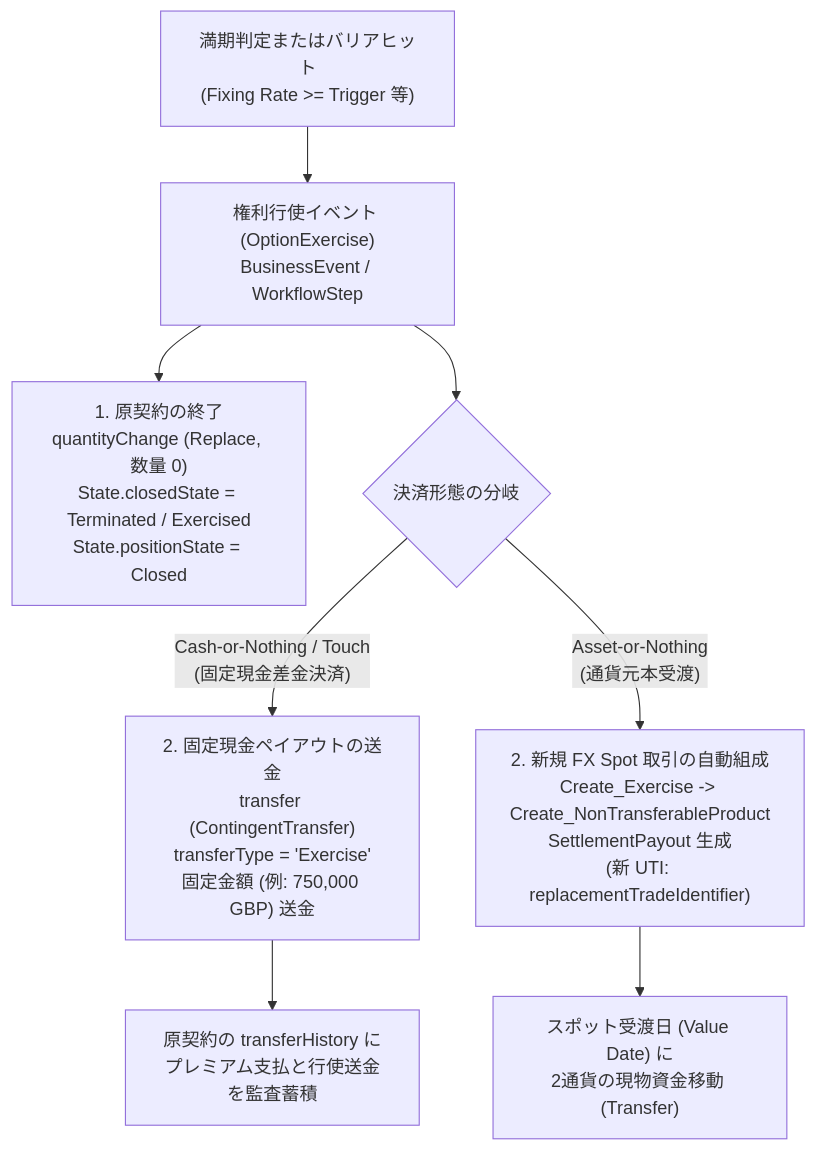
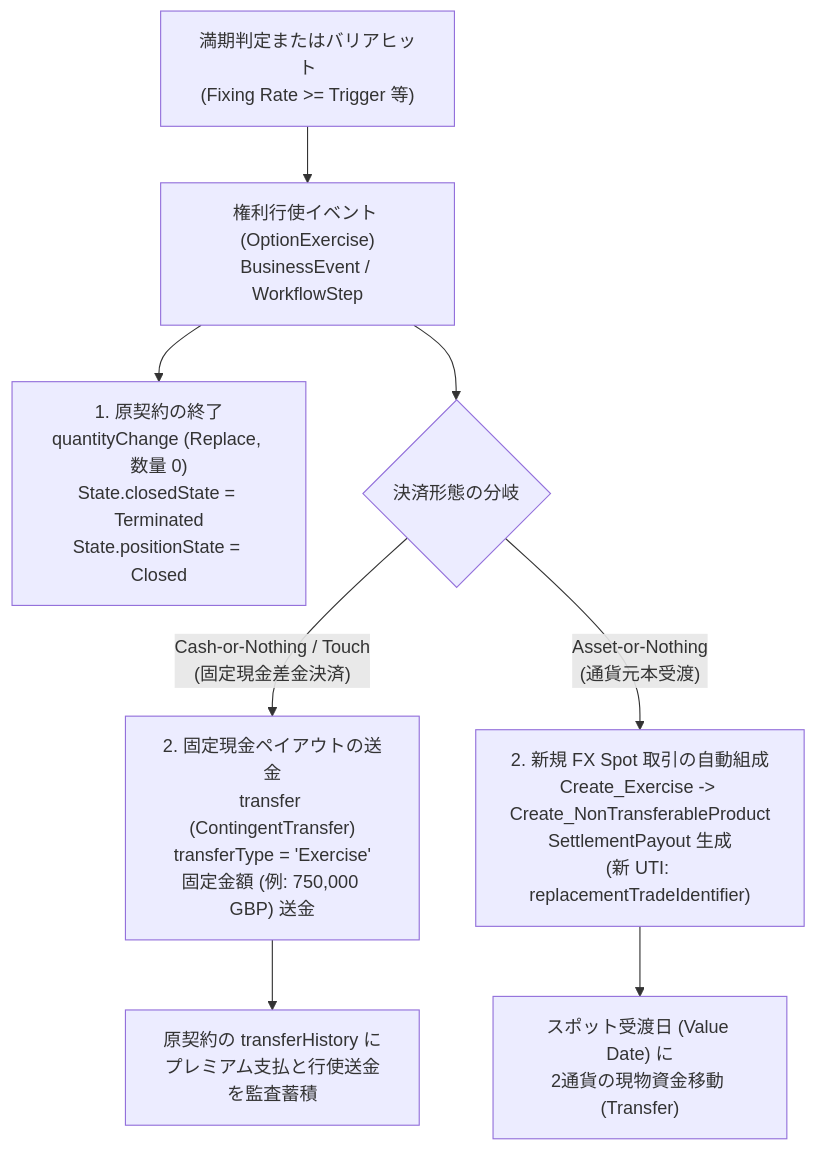
One commit to matsuuramasakazu/my_cdm_wiki changed diagram 15 of 16 in cdm_wiki/concepts/fx_products_and_synthetic_forward.md. Above: the diagram before and after it, drawn with Mermaid. The commit also changed other lines of this file and 5 other files, not shown here.

````diff
--- a/cdm_wiki/concepts/fx_products_and_synthetic_forward.md
+++ b/cdm_wiki/concepts/fx_products_and_synthetic_forward.md
@@ -955,15 +981,15 @@
 ```mermaid
 flowchart TD
     Cond["満期判定またはバリアヒット<br>(Fixing Rate >= Trigger 等)"] --> Exercise["権利行使イベント (OptionExercise)<br>BusinessEvent / WorkflowStep"]
     
-    Exercise --> CloseOrig["1. 原契約の終了<br>quantityChange (Replace, 数量 0)<br>State.closedState = Terminated / Exercised<br>State.positionState = Closed"]
+    Exercise --> CloseOrig["1. 原契約の終了<br>quantityChange (Replace, 数量 0)<br>State.closedState = Terminated<br>State.positionState = Closed"]
     
     Exercise --> Branch{"決済形態の分岐"}
     
     Branch -->|"Cash-or-Nothing / Touch<br>(固定現金差金決済)"| CashPath["2. 固定現金ペイアウトの送金<br>transfer (ContingentTransfer)<br>transferType = 'Exercise'<br>固定金額 (例: 750,000 GBP) 送金"]
     
     Branch -->|"Asset-or-Nothing<br>(通貨元本受渡)"| PhysPath["2. 新規 FX Spot 取引の自動組成<br>Create_Exercise -> Create_NonTransferableProduct<br>SettlementPayout 生成<br>(新 UTI: replacementTradeIdentifier)"]
     
     CashPath --> HistCash["原契約の transferHistory に<br>プレミアム支払と行使送金を監査蓄積"]
     PhysPath --> SettleSpot["スポット受渡日 (Value Date) に<br>2通貨の現物資金移動 (Transfer)"]
 ```
````
